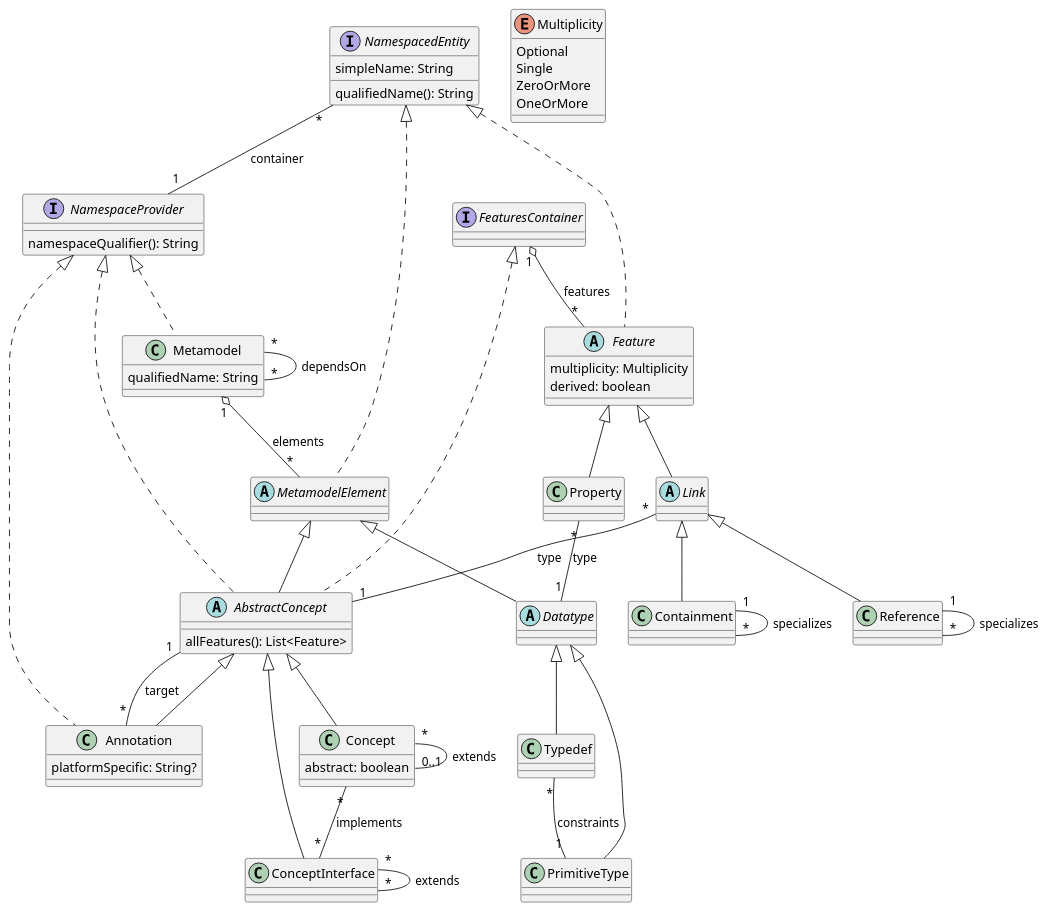
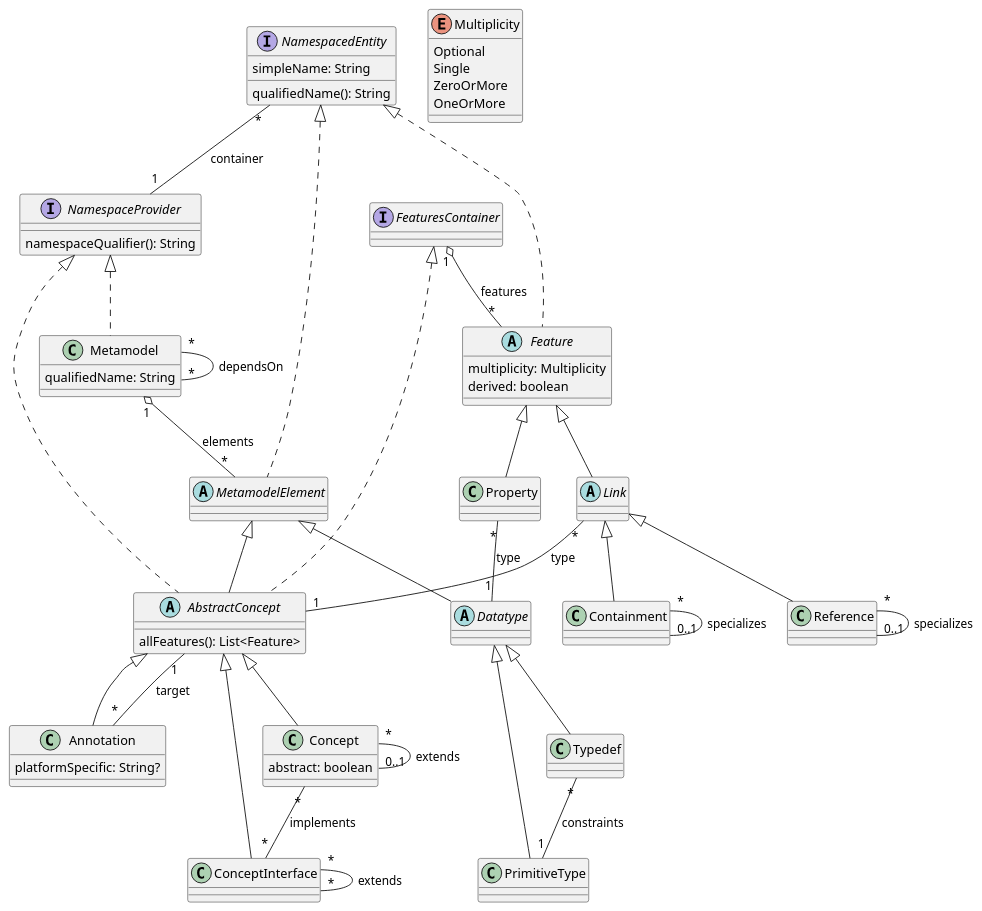
The diagram in metametamodel-target.puml (LionWeb-io/lionweb-typescript), drawn with PlantUML before and after one commit. The commit also changed 3 other files, not shown here.

```diff
--- a/metametamodel-target.puml
+++ b/metametamodel-target.puml
@@ -1,86 +1,96 @@
 @startuml
 
 ' qualified name: "lioncore"
 
 
 abstract class AbstractConcept extends MetamodelElement implements FeaturesContainer, NamespaceProvider {
   allFeatures(): List<Feature>
 }
 
-class Annotation extends AbstractConcept implements NamespaceProvider {
+class Annotation extends AbstractConcept {
   platformSpecific: String?
 }
 
 class Concept extends AbstractConcept {
   abstract: boolean
 }
 
 class ConceptInterface extends AbstractConcept
 
 class Containment extends Link
 
 abstract class Datatype extends MetamodelElement
 
 abstract class Feature implements NamespacedEntity {
   multiplicity: Multiplicity
   derived: boolean
 }
 
 interface FeaturesContainer
 
 abstract class Link extends Feature
 
 class Metamodel implements NamespaceProvider {
   qualifiedName: String
 }
 
 abstract class MetamodelElement implements NamespacedEntity
 
 enum Multiplicity {
   Optional
   Single
   ZeroOrMore
   OneOrMore
 }
 
 interface NamespaceProvider {
    namespaceQualifier(): String
 }
 
 interface NamespacedEntity {
   simpleName: String
   qualifiedName(): String
 }
 
 class PrimitiveType extends Datatype
 
 class Property extends Feature
 
 class Reference extends Link
 
+' primitive type: "String"
+
 class Typedef extends Datatype
+
+' primitive type: "boolean"
+
 
 
 ' relations:
 
-NamespacedEntity "*" -- "1" NamespaceProvider: container
+Annotation "*" -- "1" AbstractConcept: target
+
+Concept "*" -- "0..1" Concept: extends
+Concept "*" -- "*" ConceptInterface: implements
+
+ConceptInterface "*" -- "*" ConceptInterface: extends
+
+Containment "*" -- "0..1" Containment: specializes
+
+FeaturesContainer "1" o-- "*" Feature: features
+
+Link "*" -- "1" AbstractConcept: type
 
 Metamodel "1" o-- "*" MetamodelElement: elements
 Metamodel "*" -- "*" Metamodel: dependsOn
 
+NamespacedEntity "*" -- "1" NamespaceProvider: container
 
-Concept "*" -- "0..1" Concept: extends
-Concept "*" -- "*" ConceptInterface: implements
-ConceptInterface "*" -- "*" ConceptInterface: extends
-Annotation "*" -- "1" AbstractConcept: target
-FeaturesContainer "1" o-- "*" Feature: features
-
-Link "*" -- "1" AbstractConcept: type
-Reference "1" -- "*" Reference: specializes
 Property "*" -- "1" Datatype: type
 
-Containment "1" -- "*" Containment: specializes
+Reference "*" -- "0..1" Reference: specializes
 
 Typedef "*" -- "1" PrimitiveType: constraints
 
+
 @enduml
```
